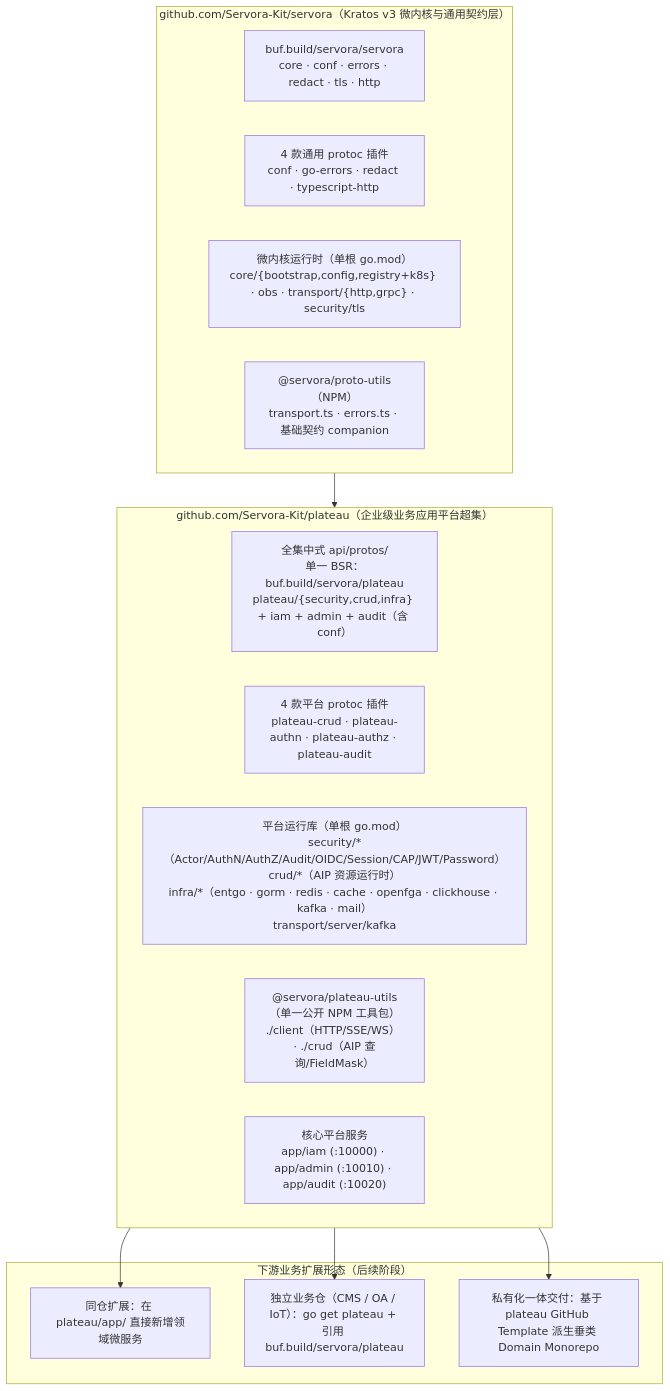
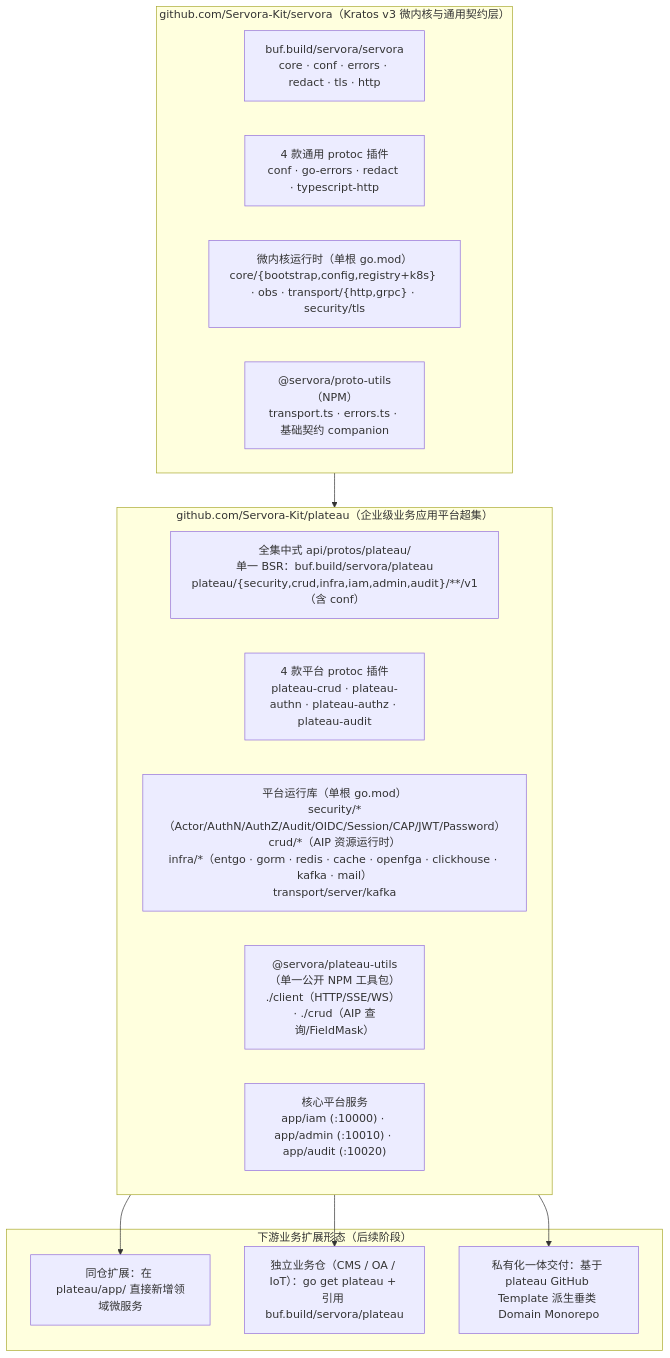
Before and after one commit to Servora-Kit/plateau: the diagram in .trellis/tasks/11-25-servora-kit-engineering/design.md, drawn with Mermaid. The commit also changed other lines of this file and 19 other files, not shown here.

````diff
--- a/.trellis/tasks/11-25-servora-kit-engineering/design.md
+++ b/.trellis/tasks/11-25-servora-kit-engineering/design.md
@@ -9,28 +9,28 @@
 ```mermaid
 flowchart TB
   subgraph Servora["github.com/Servora-Kit/servora（Kratos v3 微内核与通用契约层）"]
     sProto["buf.build/servora/servora<br/>core · conf · errors · redact · tls · http"]
     sCmd["4 款通用 protoc 插件<br/>conf · go-errors · redact · typescript-http"]
     sGo["微内核运行时（单根 go.mod）<br/>core/{bootstrap,config,registry+k8s} · obs · transport/{http,grpc} · security/tls"]
     sWeb["@servora/proto-utils（NPM）<br/>transport.ts · errors.ts · 基础契约 companion"]
   end
 
   subgraph Plateau["github.com/Servora-Kit/plateau（企业级业务应用平台超集）"]
-    pProto["全集中式 api/protos/<br/>单一 BSR：buf.build/servora/plateau<br/>plateau/{security,crud,infra} + iam + admin + audit（含 conf）"]
+    pProto["全集中式 api/protos/plateau/<br/>单一 BSR：buf.build/servora/plateau<br/>plateau/{security,crud,infra,iam,admin,audit}/**/v1（含 conf）"]
     pCmd["4 款平台 protoc 插件<br/>plateau-crud · plateau-authn · plateau-authz · plateau-audit"]
     pSDK["平台运行库（单根 go.mod）<br/>security/*（Actor/AuthN/AuthZ/Audit/OIDC/Session/CAP/JWT/Password）<br/>crud/*（AIP 资源运行时）<br/>infra/*（entgo · gorm · redis · cache · openfga · clickhouse · kafka · mail）<br/>transport/server/kafka"]
     pWeb["@servora/plateau-utils（单一公开 NPM 工具包）<br/>./client（HTTP/SSE/WS） · ./crud（AIP 查询/FieldMask）"]
     pApps["核心平台服务<br/>app/iam (:10000) · app/admin (:10010) · app/audit (:10020)"]
   end
 
   subgraph Downstream["下游业务扩展形态（后续阶段）"]
     mono["同仓扩展：在 plateau/app/<svc> 直接新增领域微服务"]
     sat["独立业务仓（CMS / OA / IoT）：go get plateau + 引用 buf.build/servora/plateau"]
     tpl["私有化一体交付：基于 plateau GitHub Template 派生垂类 Domain Monorepo"]
   end
 
   Servora --> Plateau
   Plateau --> mono
   Plateau --> sat
   Plateau --> tpl
 ```
````
